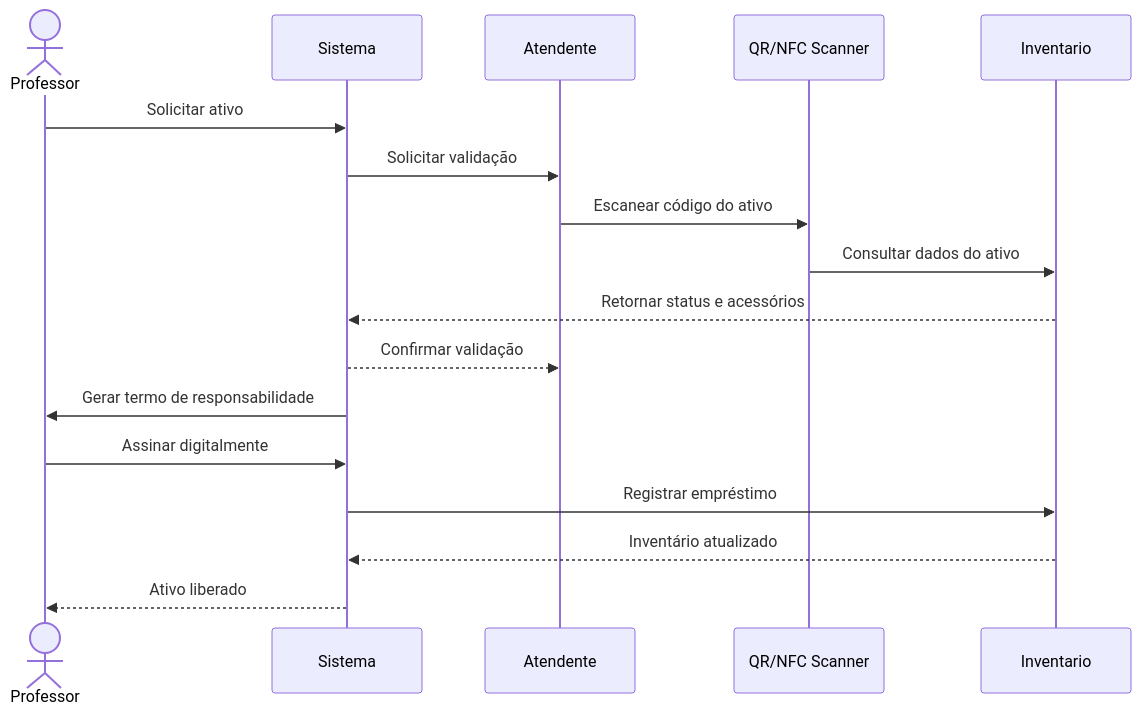
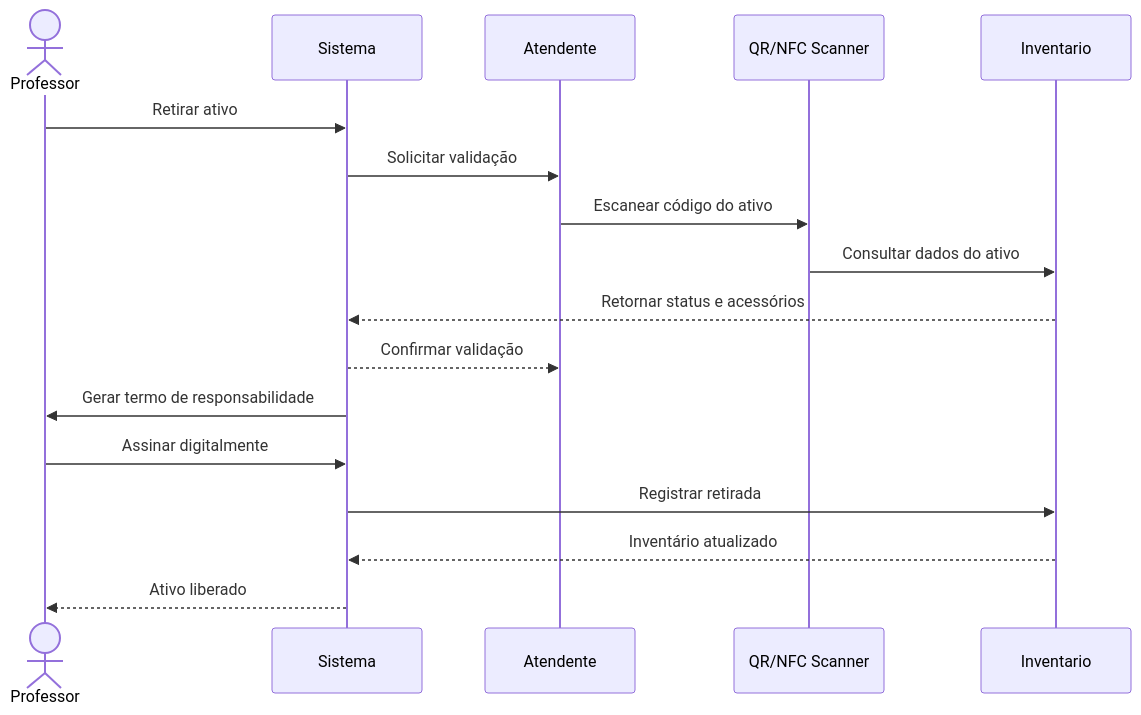
The third of 4 diagrams in Nova pasta/visao-demanda-gac.md (wanessadev/requisitos-2026--GAC--manitos), drawn with Mermaid before and after one commit. The commit also changed other lines of this file, not shown here.

````diff
--- a/Nova pasta/visao-demanda-gac.md
+++ b/Nova pasta/visao-demanda-gac.md
@@ -378,20 +369,20 @@
 ```mermaid
 sequenceDiagram
   actor Professor
   participant Sistema
   participant Atendente
   participant LeitorQR as QR/NFC Scanner
   participant Inventario
 
-  Professor->>Sistema: Solicitar ativo
+  Professor->>Sistema: Retirar ativo
   Sistema->>Atendente: Solicitar validação
   Atendente->>LeitorQR: Escanear código do ativo
   LeitorQR->>Inventario: Consultar dados do ativo
   Inventario-->>Sistema: Retornar status e acessórios
   Sistema-->>Atendente: Confirmar validação
   Sistema->>Professor: Gerar termo de responsabilidade
   Professor->>Sistema: Assinar digitalmente
-  Sistema->>Inventario: Registrar empréstimo
+  Sistema->>Inventario: Registrar retirada
   Inventario-->>Sistema: Inventário atualizado
   Sistema-->>Professor: Ativo liberado
 ```
````
